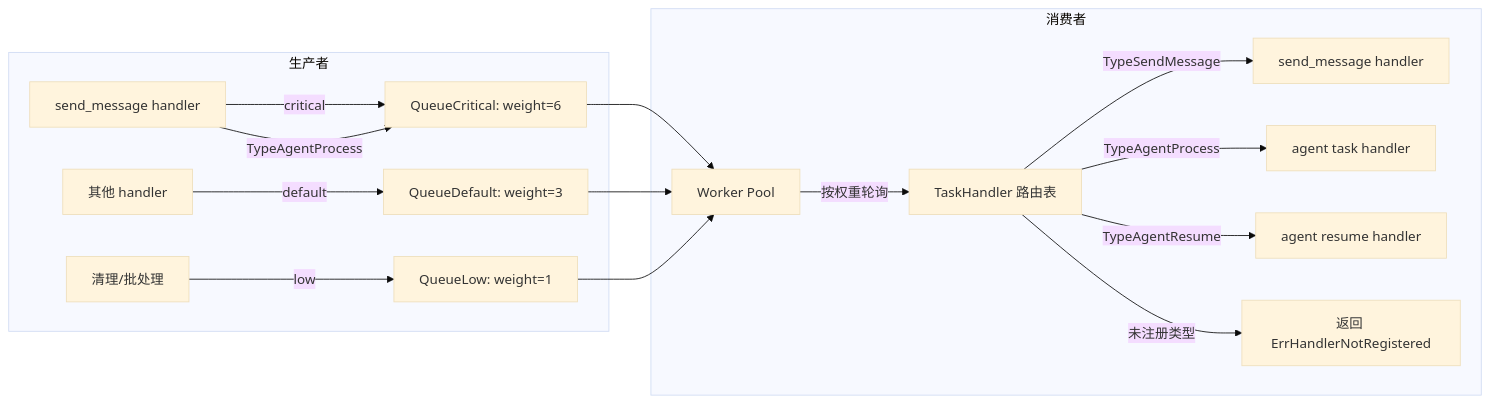
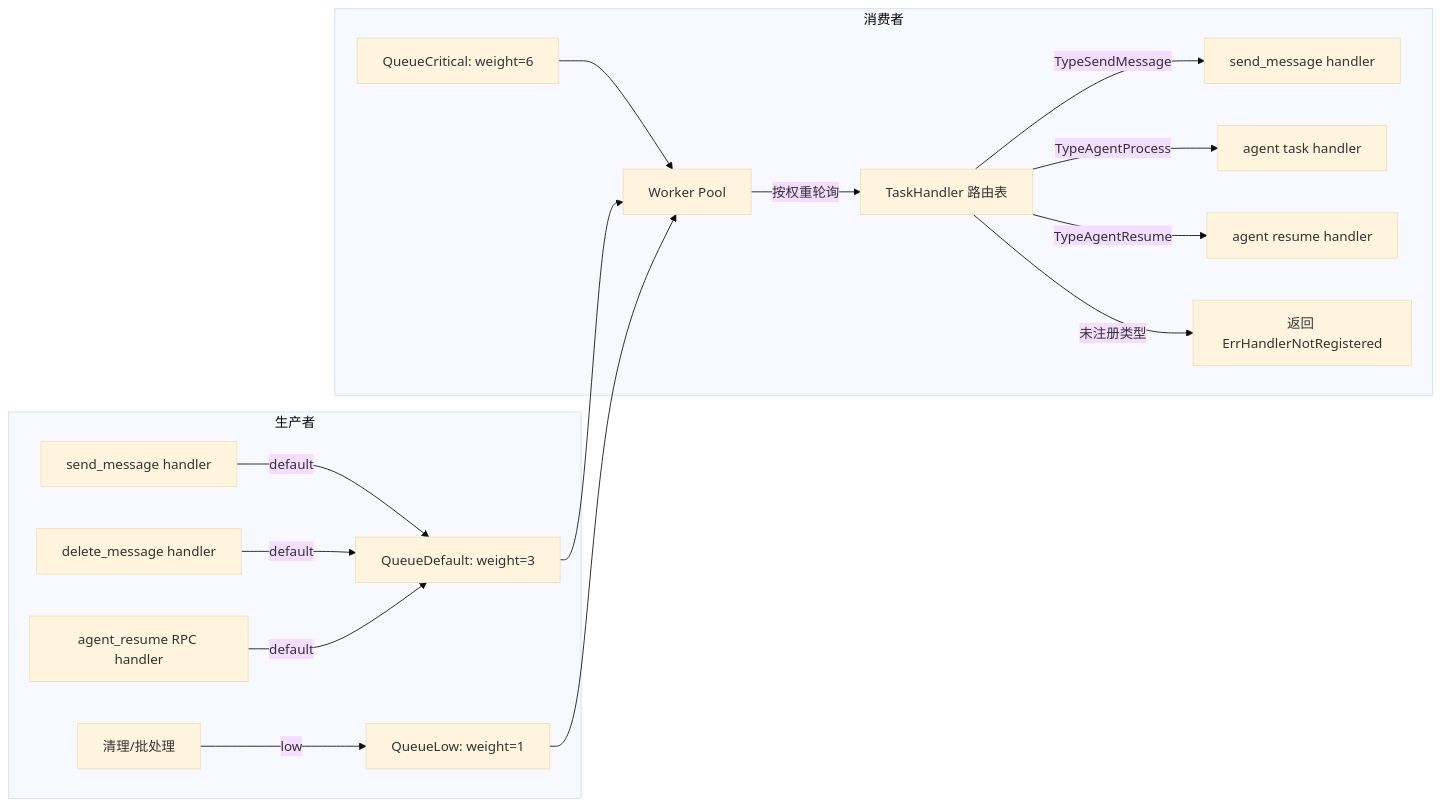
Before and after one commit to PineappleBond/xyncra-server: the fifth of 8 diagrams in wiki/flows/mq-async.md, drawn with Mermaid (base theme). The commit also changed other lines of this file and 16 other files, not shown here.

First line of the commit message:
docs(wiki): comprehensive review and fix of all flow documents

````diff
--- a/wiki/flows/mq-async.md
+++ b/wiki/flows/mq-async.md
@@ -339,20 +348,20 @@
 ```mermaid
 flowchart LR
     subgraph 生产者
-        A[send_message handler] -->|critical| Q1[QueueCritical: weight=6]
-        A -->|TypeAgentProcess| Q1
-        B[其他 handler] -->|default| Q2[QueueDefault: weight=3]
-        C[清理/批处理] -->|low| Q3[QueueLow: weight=1]
+        A[send_message handler] -->|default| Q2[QueueDefault: weight=3]
+        B[delete_message handler] -->|default| Q2
+        C[agent_resume RPC handler] -->|default| Q2
+        D[清理/批处理] -->|low| Q3[QueueLow: weight=1]
     end
 
     subgraph 消费者
-        Q1 --> W[Worker Pool]
+        Q1[QueueCritical: weight=6] --> W[Worker Pool]
         Q2 --> W
         Q3 --> W
         W -->|按权重轮询| H[TaskHandler 路由表]
         H -->|TypeSendMessage| H1[send_message handler]
         H -->|TypeAgentProcess| H2[agent task handler]
         H -->|TypeAgentResume| H3[agent resume handler]
         H -->|未注册类型| H4[返回 ErrHandlerNotRegistered]
     end
 ```
````
